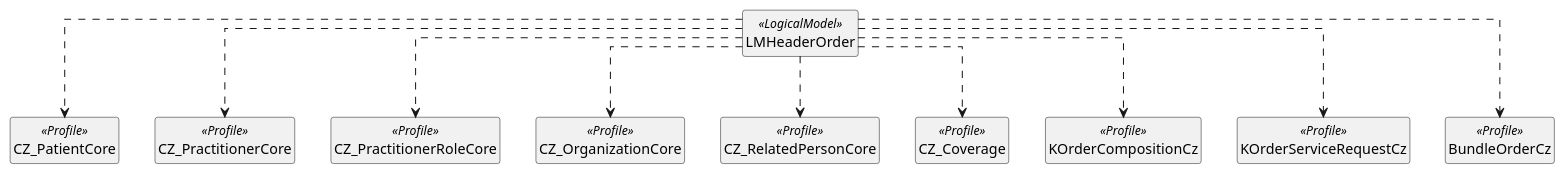
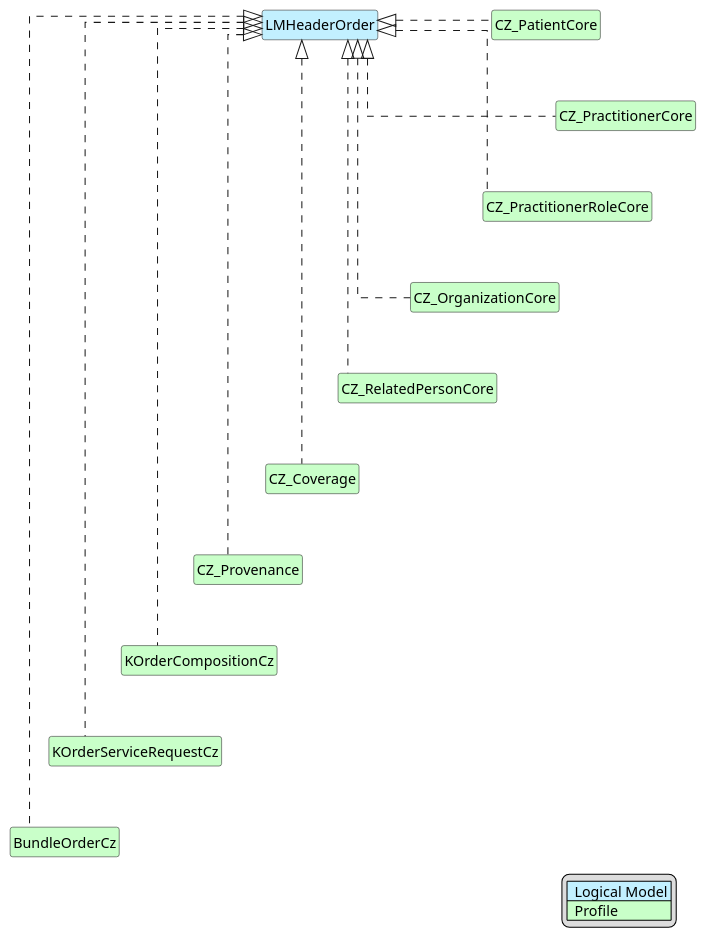
The diagram in input/images-source/K-Header-map.plantuml (HL7-cz/k-order), drawn with PlantUML before and after one commit. The commit also changed 40 other files, not shown here.

```diff
--- a/input/images-source/K-Header-map.plantuml
+++ b/input/images-source/K-Header-map.plantuml
@@ -1,25 +1,46 @@
 @startuml
 ' Generated by scripts/sync-header-mapping.py
 hide circle
+hide stereotype
 hide members
+hide methods
 skinparam linetype ortho
+skinparam class {
+BackgroundColor<<LogicalModel>> #APPLICATION
+BackgroundColor<<Profile>> #TECHNOLOGY
+}
+legend right
+| <#APPLICATION>  Logical Model |
+| <#TECHNOLOGY>  Profile |
+endlegend
 class "LMHeaderOrder" as Header <<LogicalModel>> [[StructureDefinition-LMHeaderOrder.html]]
 class "CZ_PatientCore" as Target0 <<Profile>> [[https://hl7.cz/fhir/core/StructureDefinition-cz-patient-core.html]]
-Header ..> Target0
+Header <|. Target0
 class "CZ_PractitionerCore" as Target1 <<Profile>> [[https://hl7.cz/fhir/core/StructureDefinition-cz-practitioner-core.html]]
-Header ..> Target1
+Header <|. Target1
+Target0 -d[hidden]-> Target1
 class "CZ_PractitionerRoleCore" as Target2 <<Profile>> [[https://hl7.cz/fhir/core/StructureDefinition-cz-practitionerrole-core.html]]
-Header ..> Target2
+Header <|. Target2
+Target1 -d[hidden]-> Target2
 class "CZ_OrganizationCore" as Target3 <<Profile>> [[https://hl7.cz/fhir/core/StructureDefinition-cz-organization-core.html]]
-Header ..> Target3
+Header <|. Target3
+Target2 -d[hidden]-> Target3
 class "CZ_RelatedPersonCore" as Target4 <<Profile>> [[https://hl7.cz/fhir/core/StructureDefinition-cz-relatedPerson-core.html]]
-Header ..> Target4
+Header <|. Target4
+Target3 -d[hidden]-> Target4
 class "CZ_Coverage" as Target5 <<Profile>> [[https://hl7.cz/fhir/core/StructureDefinition-cz-coverage.html]]
-Header ..> Target5
-class "KOrderCompositionCz" as Target6 <<Profile>> [[StructureDefinition-KOrderCompositionCz.html]]
-Header ..> Target6
-class "KOrderServiceRequestCz" as Target7 <<Profile>> [[StructureDefinition-KOrderServiceRequestCz.html]]
-Header ..> Target7
-class "BundleOrderCz" as Target8 <<Profile>> [[StructureDefinition-BundleOrderCz.html]]
-Header ..> Target8
+Header <|. Target5
+Target4 -d[hidden]-> Target5
+class "CZ_Provenance" as Target6 <<Profile>> [[https://hl7.cz/fhir/core/StructureDefinition-cz-provenance.html]]
+Header <|. Target6
+Target5 -d[hidden]-> Target6
+class "KOrderCompositionCz" as Target7 <<Profile>> [[StructureDefinition-KOrderCompositionCz.html]]
+Header <|. Target7
+Target6 -d[hidden]-> Target7
+class "KOrderServiceRequestCz" as Target8 <<Profile>> [[StructureDefinition-KOrderServiceRequestCz.html]]
+Header <|. Target8
+Target7 -d[hidden]-> Target8
+class "BundleOrderCz" as Target9 <<Profile>> [[StructureDefinition-BundleOrderCz.html]]
+Header <|. Target9
+Target8 -d[hidden]-> Target9
 @enduml
```
